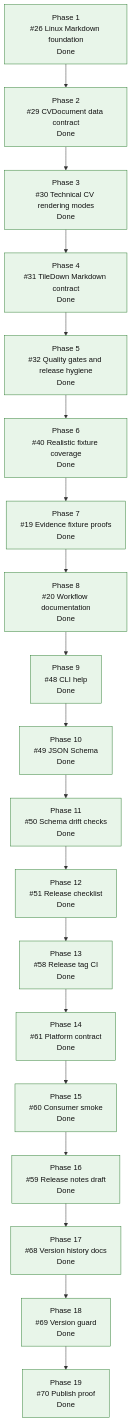
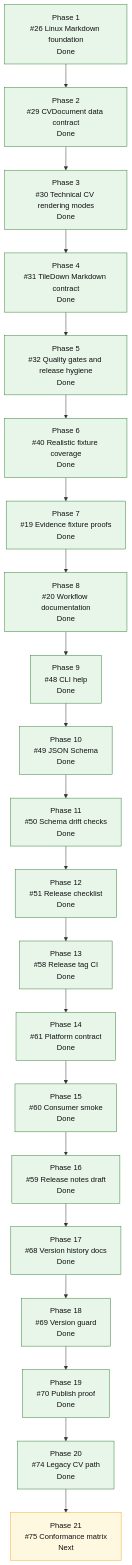
One commit to mihaelamj/cvbuilder changed the diagram in README.md. Above: the diagram before and after it, drawn with Mermaid. The commit also changed 11 other files, not shown here.

````diff
--- a/README.md
+++ b/README.md
@@ -169,36 +169,40 @@
 ```mermaid
 flowchart TD
     P1["Phase 1<br/>#26 Linux Markdown foundation<br/>Done"]
     P2["Phase 2<br/>#29 CVDocument data contract<br/>Done"]
     P3["Phase 3<br/>#30 Technical CV rendering modes<br/>Done"]
     P4["Phase 4<br/>#31 TileDown Markdown contract<br/>Done"]
     P5["Phase 5<br/>#32 Quality gates and release hygiene<br/>Done"]
     P6["Phase 6<br/>#40 Realistic fixture coverage<br/>Done"]
     P7["Phase 7<br/>#19 Evidence fixture proofs<br/>Done"]
     P8["Phase 8<br/>#20 Workflow documentation<br/>Done"]
     P9["Phase 9<br/>#48 CLI help<br/>Done"]
     P10["Phase 10<br/>#49 JSON Schema<br/>Done"]
     P11["Phase 11<br/>#50 Schema drift checks<br/>Done"]
     P12["Phase 12<br/>#51 Release checklist<br/>Done"]
     P13["Phase 13<br/>#58 Release tag CI<br/>Done"]
     P14["Phase 14<br/>#61 Platform contract<br/>Done"]
     P15["Phase 15<br/>#60 Consumer smoke<br/>Done"]
     P16["Phase 16<br/>#59 Release notes draft<br/>Done"]
     P17["Phase 17<br/>#68 Version history docs<br/>Done"]
     P18["Phase 18<br/>#69 Version guard<br/>Done"]
     P19["Phase 19<br/>#70 Publish proof<br/>Done"]
+    P20["Phase 20<br/>#74 Legacy CV path<br/>Done"]
+    P21["Phase 21<br/>#75 Conformance matrix<br/>Next"]
 
-    P1 --> P2 --> P3 --> P4 --> P5 --> P6 --> P7 --> P8 --> P9 --> P10 --> P11 --> P12 --> P13 --> P14 --> P15 --> P16 --> P17 --> P18 --> P19
+    P1 --> P2 --> P3 --> P4 --> P5 --> P6 --> P7 --> P8 --> P9 --> P10 --> P11 --> P12 --> P13 --> P14 --> P15 --> P16 --> P17 --> P18 --> P19 --> P20 --> P21
 
     classDef done fill:#e8f5e9,stroke:#2e7d32,color:#111;
     classDef active fill:#fff3e0,stroke:#ef6c00,color:#111;
     classDef review fill:#e8f0fe,stroke:#1a73e8,color:#111;
     classDef next fill:#fff8e1,stroke:#f9a825,color:#111;
     classDef partial fill:#e0f7fa,stroke:#00838f,color:#111;
     classDef todo fill:#eef3ff,stroke:#3367d6,color:#111;
     class P1,P2,P3,P4 done;
     class P5,P6,P7,P8,P9,P10,P11,P12,P13,P14,P15,P16 done;
     class P17 done;
     class P18 done;
     class P19 done;
+    class P20 done;
+    class P21 next;
 ```
````
